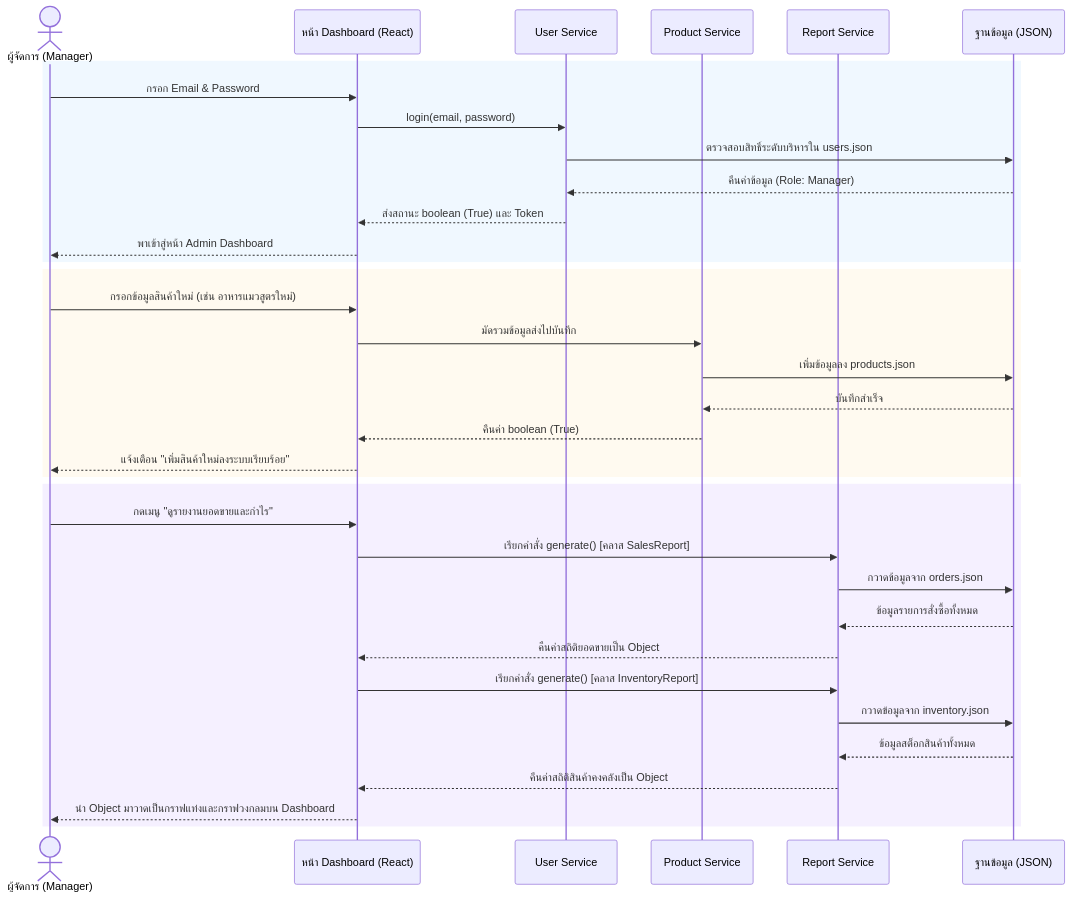
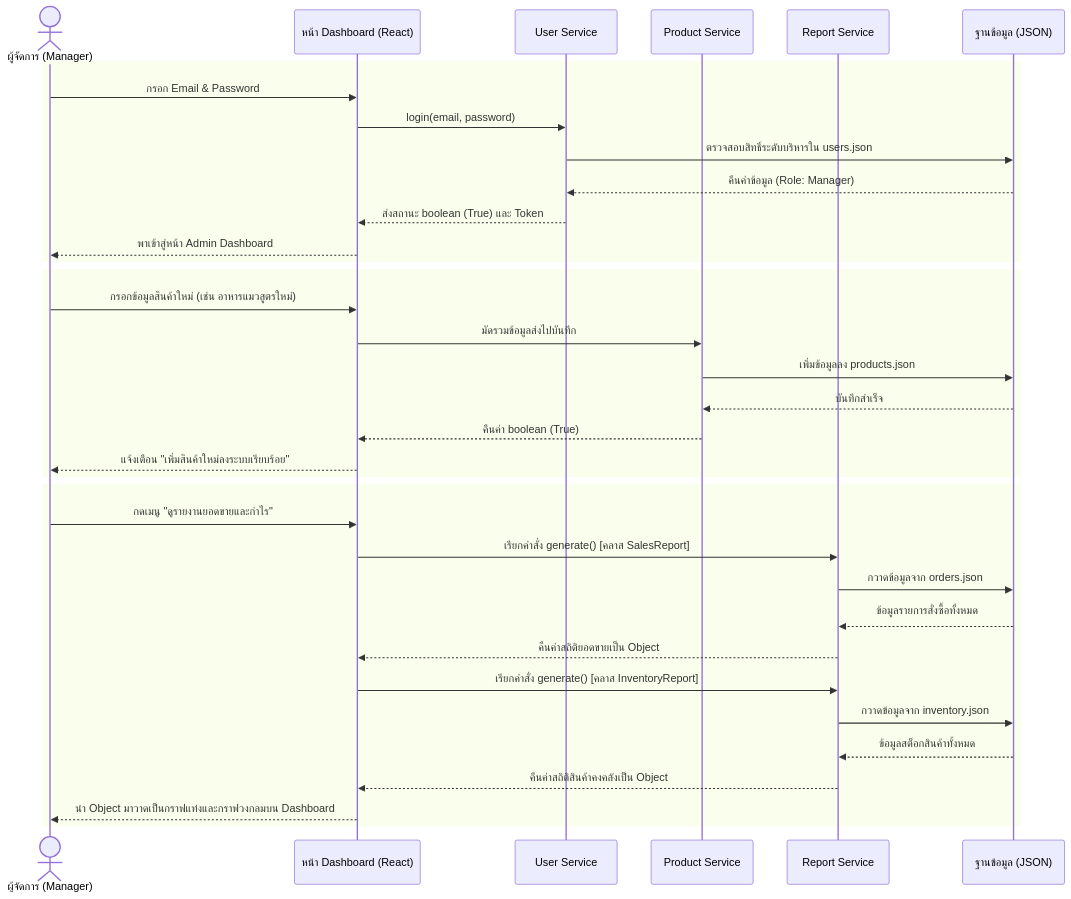
The fifth of 6 diagrams in README.md (KumPong/petshop), drawn with Mermaid before and after one commit. The commit also changed other lines of this file and 1 other file, not shown here.

````diff
--- a/README.md
+++ b/README.md
@@ -579,45 +557,45 @@
 ```mermaid
     sequenceDiagram
     actor Manager as ผู้จัดการ (Manager)
     participant UI as หน้า Dashboard (React)
     participant US as User Service
     participant PS as Product Service
     participant RS as Report Service
     participant DB as ฐานข้อมูล (JSON)
 
     %% เฟส 1: การเข้าสู่ระบบ (Manager Login)
-    rect rgb(240, 248, 255)
+    rect
         Manager->>UI: กรอก Email & Password
         UI->>US: login(email, password)
         US->>DB: ตรวจสอบสิทธิ์ระดับบริหารใน users.json
         DB-->>US: คืนค่าข้อมูล (Role: Manager)
         US-->>UI: ส่งสถานะ boolean (True) และ Token
         UI-->>Manager: พาเข้าสู่หน้า Admin Dashboard
     end
 
     %% เฟส 2: การจัดการสินค้า (Manage Catalog)
-    rect rgb(255, 250, 240)
+    rect
         Manager->>UI: กรอกข้อมูลสินค้าใหม่ (เช่น อาหารแมวสูตรใหม่)
         UI->>PS: มัดรวมข้อมูลส่งไปบันทึก
         PS->>DB: เพิ่มข้อมูลลง products.json
         DB-->>PS: บันทึกสำเร็จ
         PS-->>UI: คืนค่า boolean (True)
         UI-->>Manager: แจ้งเตือน "เพิ่มสินค้าใหม่ลงระบบเรียบร้อย"
     end
 
     %% เฟส 3: การสร้างรายงาน (Generate Reports)
-    rect rgb(245, 240, 255)
+    rect
         Manager->>UI: กดเมนู "ดูรายงานยอดขายและกำไร"
         UI->>RS: เรียกคำสั่ง generate() [คลาส SalesReport]
         RS->>DB: กวาดข้อมูลจาก orders.json
         DB-->>RS: ข้อมูลรายการสั่งซื้อทั้งหมด
         RS-->>UI: คืนค่าสถิติยอดขายเป็น Object
         
         UI->>RS: เรียกคำสั่ง generate() [คลาส InventoryReport]
         RS->>DB: กวาดข้อมูลจาก inventory.json
         DB-->>RS: ข้อมูลสต็อกสินค้าทั้งหมด
         RS-->>UI: คืนค่าสถิติสินค้าคงคลังเป็น Object
         
         UI-->>Manager: นำ Object มาวาดเป็นกราฟแท่งและกราฟวงกลมบน Dashboard
     end
 ```
````
